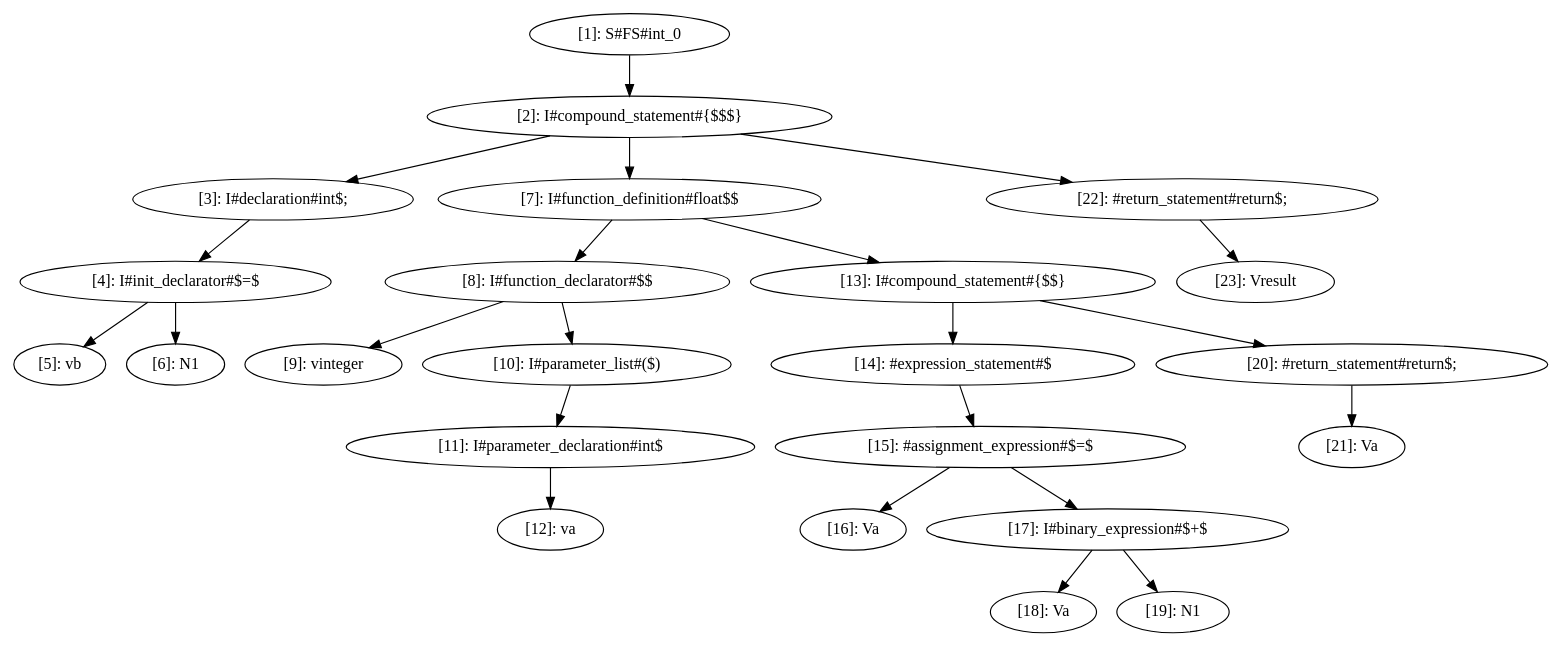
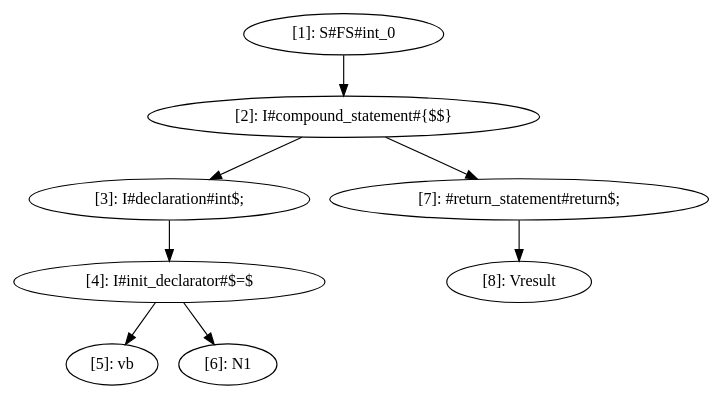
Before and after one commit to deryaerman/DIA-System-DS-Plagiarism-Checker-GIT: the diagram in cass.dot, drawn with Graphviz. The commit also changed 7 other files, not shown here.

```diff
--- a/cass.dot
+++ b/cass.dot
@@ -1,48 +1,18 @@
 digraph CASS {
   node [shape=ellipse];
   n1 [label="[1]: S#FS#int_0"];
-  n2 [label="[2]: I#compound_statement#{$$$}"];
+  n2 [label="[2]: I#compound_statement#{$$}"];
   n3 [label="[3]: I#declaration#int$;"];
   n4 [label="[4]: I#init_declarator#$=$"];
   n5 [label="[5]: vb"];
   n6 [label="[6]: N1"];
-  n7 [label="[7]: I#function_definition#float$$"];
-  n8 [label="[8]: I#function_declarator#$$"];
-  n9 [label="[9]: vinteger"];
-  n10 [label="[10]: I#parameter_list#($)"];
-  n11 [label="[11]: I#parameter_declaration#int$"];
-  n12 [label="[12]: va"];
-  n13 [label="[13]: I#compound_statement#{$$}"];
-  n14 [label="[14]: #expression_statement#$"];
-  n15 [label="[15]: #assignment_expression#$=$"];
-  n16 [label="[16]: Va"];
-  n17 [label="[17]: I#binary_expression#$+$"];
-  n18 [label="[18]: Va"];
-  n19 [label="[19]: N1"];
-  n20 [label="[20]: #return_statement#return$;"];
-  n21 [label="[21]: Va"];
-  n22 [label="[22]: #return_statement#return$;"];
-  n23 [label="[23]: Vresult"];
+  n7 [label="[7]: #return_statement#return$;"];
+  n8 [label="[8]: Vresult"];
   n1 -> n2;
   n2 -> n3;
   n3 -> n4;
   n4 -> n5;
   n4 -> n6;
   n2 -> n7;
   n7 -> n8;
-  n8 -> n9;
-  n8 -> n10;
-  n10 -> n11;
-  n11 -> n12;
-  n7 -> n13;
-  n13 -> n14;
-  n14 -> n15;
-  n15 -> n16;
-  n15 -> n17;
-  n17 -> n18;
-  n17 -> n19;
-  n13 -> n20;
-  n20 -> n21;
-  n2 -> n22;
-  n22 -> n23;
 }
```
